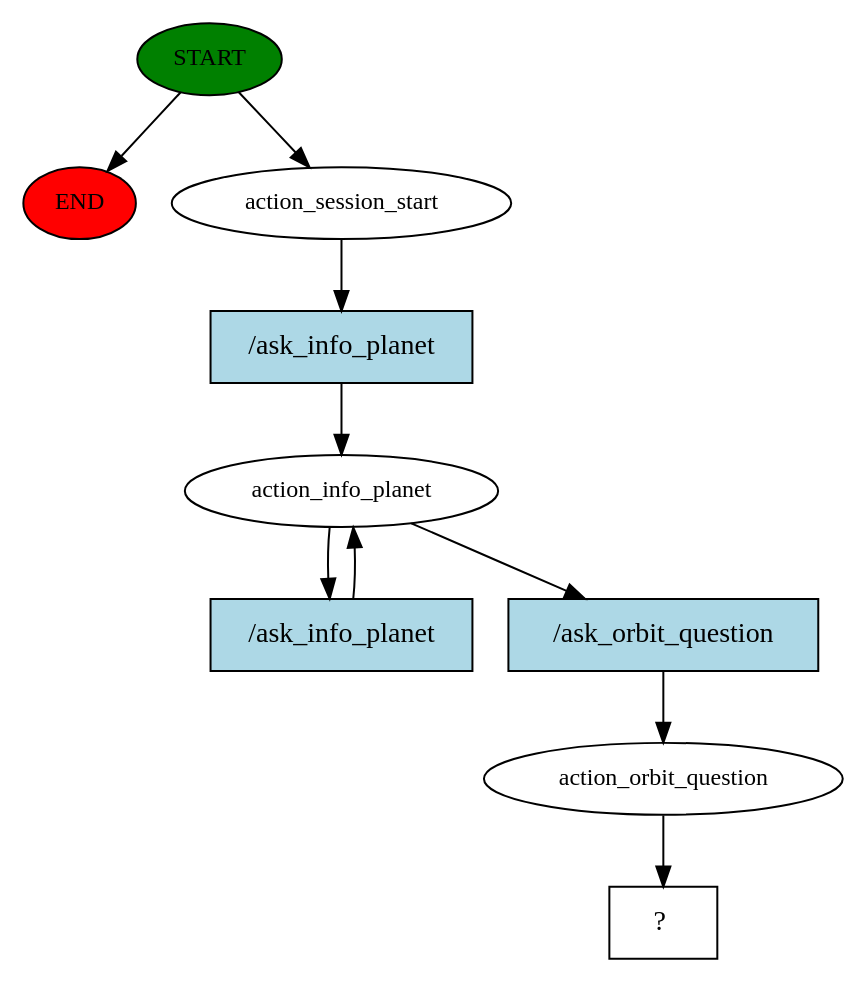
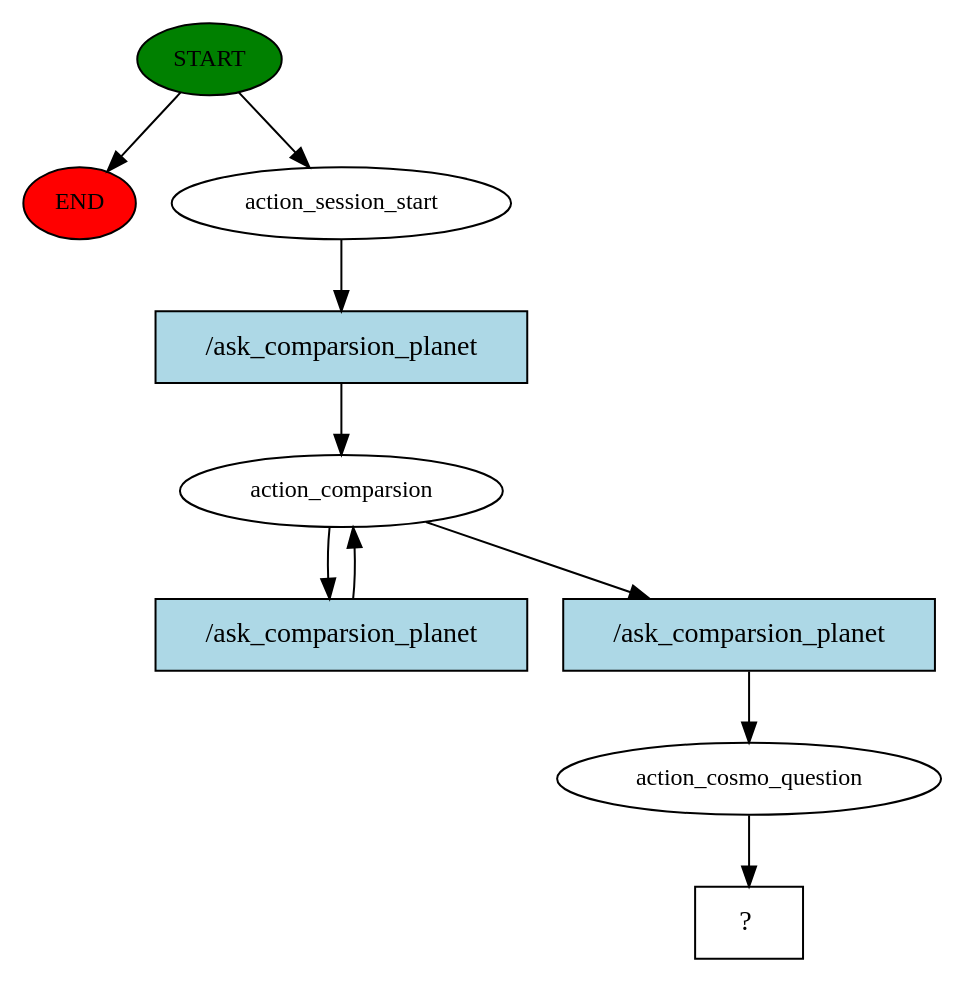
One commit to Dashavod/devtorium_bot changed the diagram in story_graph.dot. Above: the diagram before and after it, drawn with Graphviz. The commit also changed 141 other files, not shown here.

```diff
--- a/story_graph.dot
+++ b/story_graph.dot
@@ -1,20 +1,20 @@
 digraph  {
 0 [class="start active", fillcolor=green, fontsize=12, label=START, style=filled];
 "-1" [class=end, fillcolor=red, fontsize=12, label=END, style=filled];
 1 [class=active, fontsize=12, label=action_session_start];
-2 [class=active, fontsize=12, label=action_info_planet];
-10 [class=active, fontsize=12, label=action_orbit_question];
-11 [class="intent dashed active", label="  ?  ", shape=rect];
-12 [class="intent active", fillcolor=lightblue, label="/ask_info_planet", shape=rect, style=filled];
-13 [class="intent active", fillcolor=lightblue, label="/ask_info_planet", shape=rect, style=filled];
-14 [class="intent active", fillcolor=lightblue, label="/ask_orbit_question", shape=rect, style=filled];
+2 [class=active, fontsize=12, label=action_comparsion];
+5 [class=active, fontsize=12, label=action_cosmo_question];
+6 [class="intent dashed active", label="  ?  ", shape=rect];
+7 [class="intent active", fillcolor=lightblue, label="/ask_comparsion_planet", shape=rect, style=filled];
+8 [class="intent active", fillcolor=lightblue, label="/ask_comparsion_planet", shape=rect, style=filled];
+9 [class="intent active", fillcolor=lightblue, label="/ask_comparsion_planet", shape=rect, style=filled];
 0 -> "-1"  [class="", key=NONE, label=""];
 0 -> 1  [class=active, key=NONE, label=""];
-1 -> 12  [class=active, key=0];
-2 -> 13  [class=active, key=0];
-2 -> 14  [class=active, key=0];
-10 -> 11  [class=active, key=NONE, label=""];
-12 -> 2  [class=active, key=0];
-13 -> 2  [class=active, key=0];
-14 -> 10  [class=active, key=0];
+1 -> 7  [class=active, key=0];
+2 -> 8  [class=active, key=0];
+2 -> 9  [class=active, key=0];
+5 -> 6  [class=active, key=NONE, label=""];
+7 -> 2  [class=active, key=0];
+8 -> 2  [class=active, key=0];
+9 -> 5  [class=active, key=0];
 }
```
